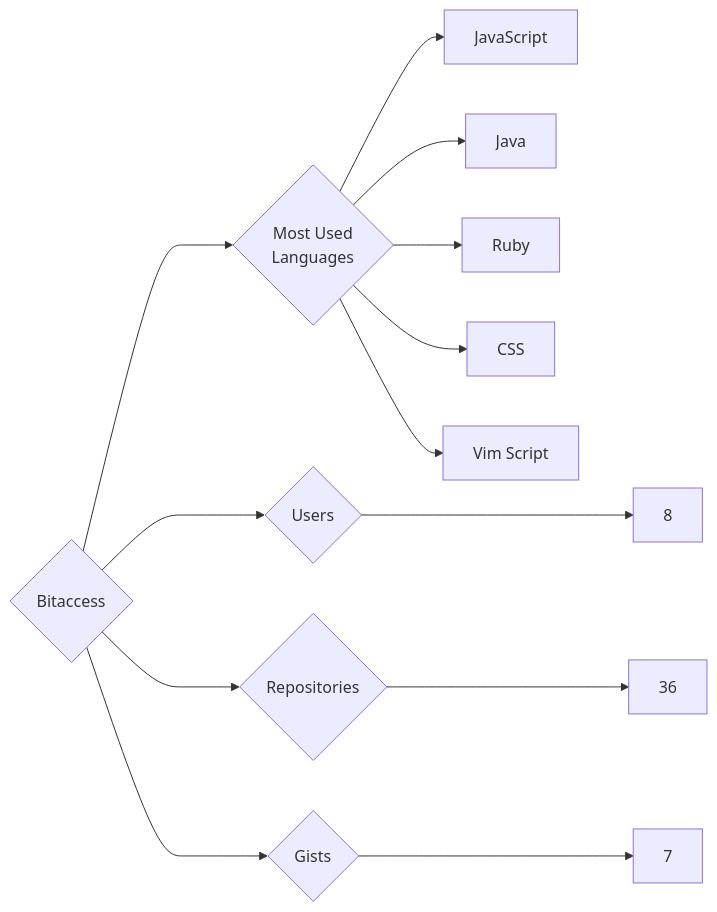
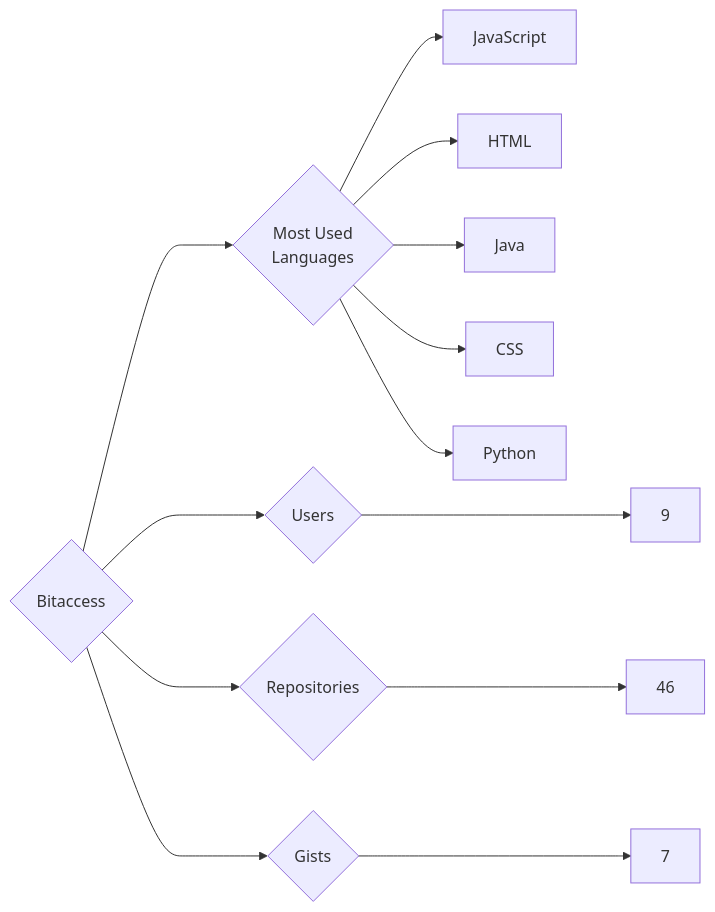
The diagram in targets/Bitaccess/README.md (trickest/insiders), drawn with Mermaid before and after one commit. The commit also changed 688 other files, not shown here.

````diff
--- a/targets/Bitaccess/README.md
+++ b/targets/Bitaccess/README.md
@@ -3,13 +3,13 @@
 ```mermaid
 graph LR
 COMPANY_NAME{Bitaccess}
-COMPANY_NAME ---> U{Users} ---> UN[8]
-COMPANY_NAME ---> R{Repositories} ---> RN[36]
+COMPANY_NAME ---> U{Users} ---> UN[9]
+COMPANY_NAME ---> R{Repositories} ---> RN[46]
 COMPANY_NAME ---> G{Gists} ---> GN[7]
 COMPANY_NAME ---> ML{Most Used<br>Languages}
 ML --> JavaScript[JavaScript]
+ML --> HTML[HTML]
 ML --> Java[Java]
-ML --> Ruby[Ruby]
 ML --> CSS[CSS]
-ML --> Vim_Script[Vim Script]
+ML --> Python[Python]
 ```
````
